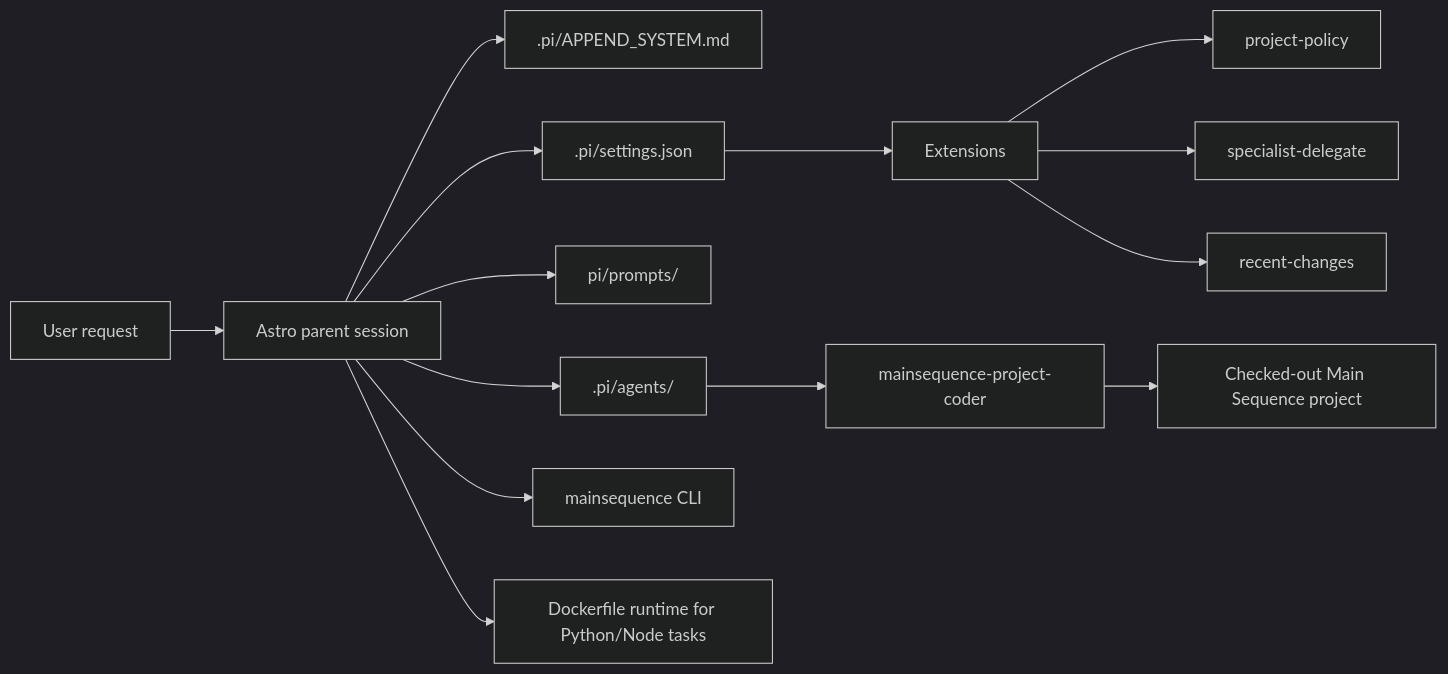
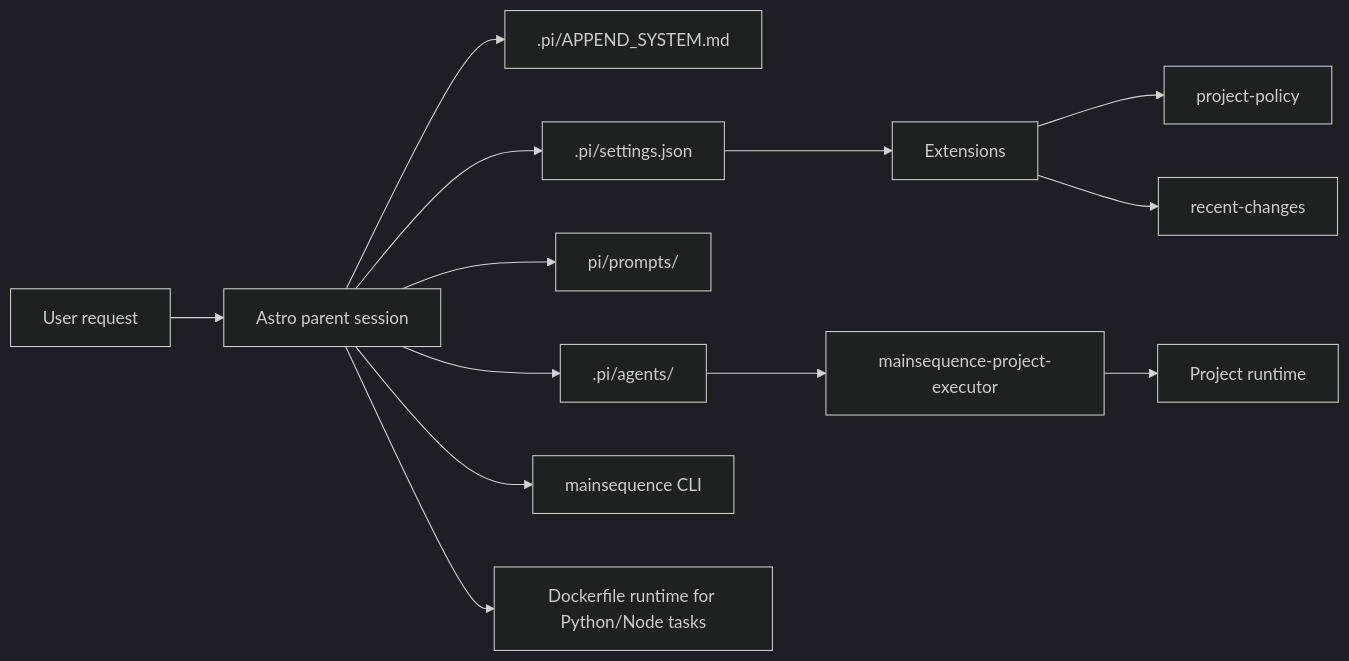
The diagram in docs/README.md (mainsequence-sdk/ms-tau-sdk), drawn with Mermaid (dark theme) before and after one commit. The commit also changed other lines of this file and 74 other files, not shown here.

Commit message:
removed project coder

````diff
--- a/docs/README.md
+++ b/docs/README.md
@@ -35,20 +25,19 @@
 ```mermaid
 flowchart LR
     U["User request"] --> P["Astro parent session"]
     P --> SYS[".pi/APPEND_SYSTEM.md"]
     P --> SET[".pi/settings.json"]
     SET --> EXT["Extensions"]
 
     EXT --> PP["project-policy"]
-    EXT --> SD["specialist-delegate"]
     EXT --> RC["recent-changes"]
 
     P --> PROMPTS["pi/prompts/"]
     P --> AGENTS[".pi/agents/"]
     P --> CLI["mainsequence CLI"]
 
-AGENTS --> CODER["mainsequence-project-coder"]
-    CODER --> TARGET["Checked-out Main Sequence project"]
+AGENTS --> EXEC["mainsequence-project-executor"]
+    EXEC --> TARGET["Project runtime"]
 
     P --> DOCKER["Dockerfile runtime for Python/Node tasks"]
 ```
````
